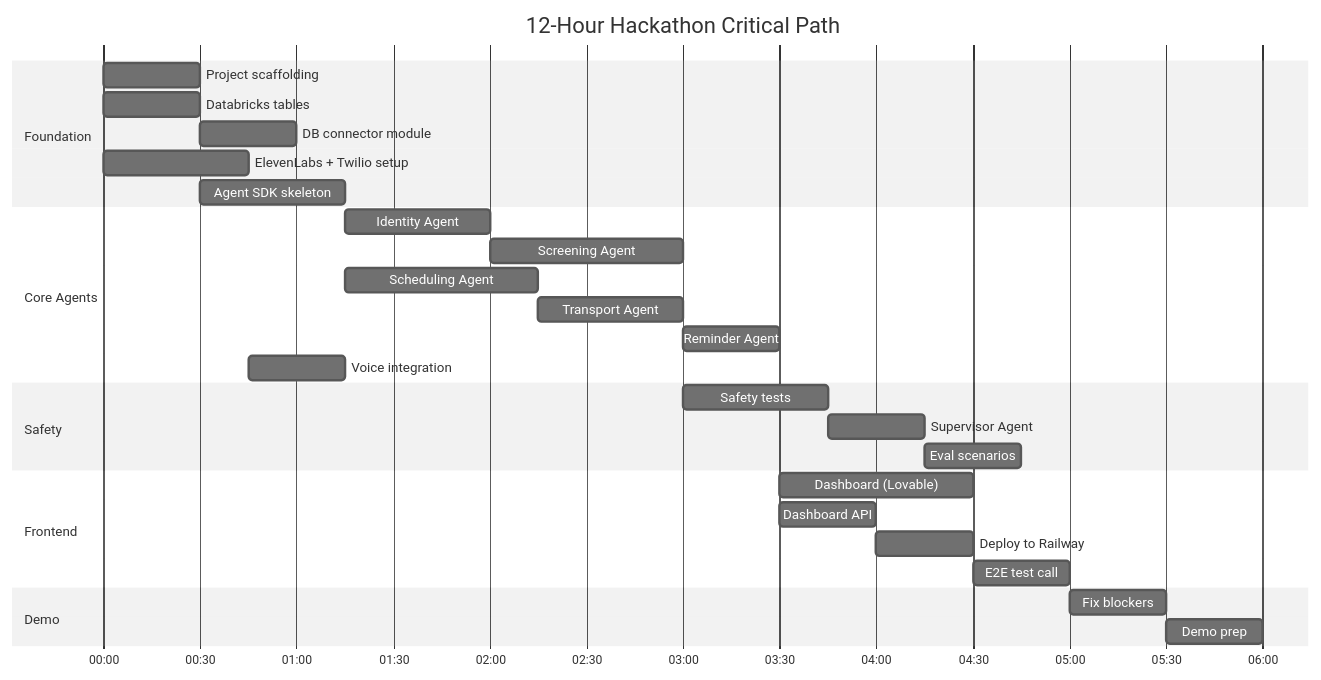
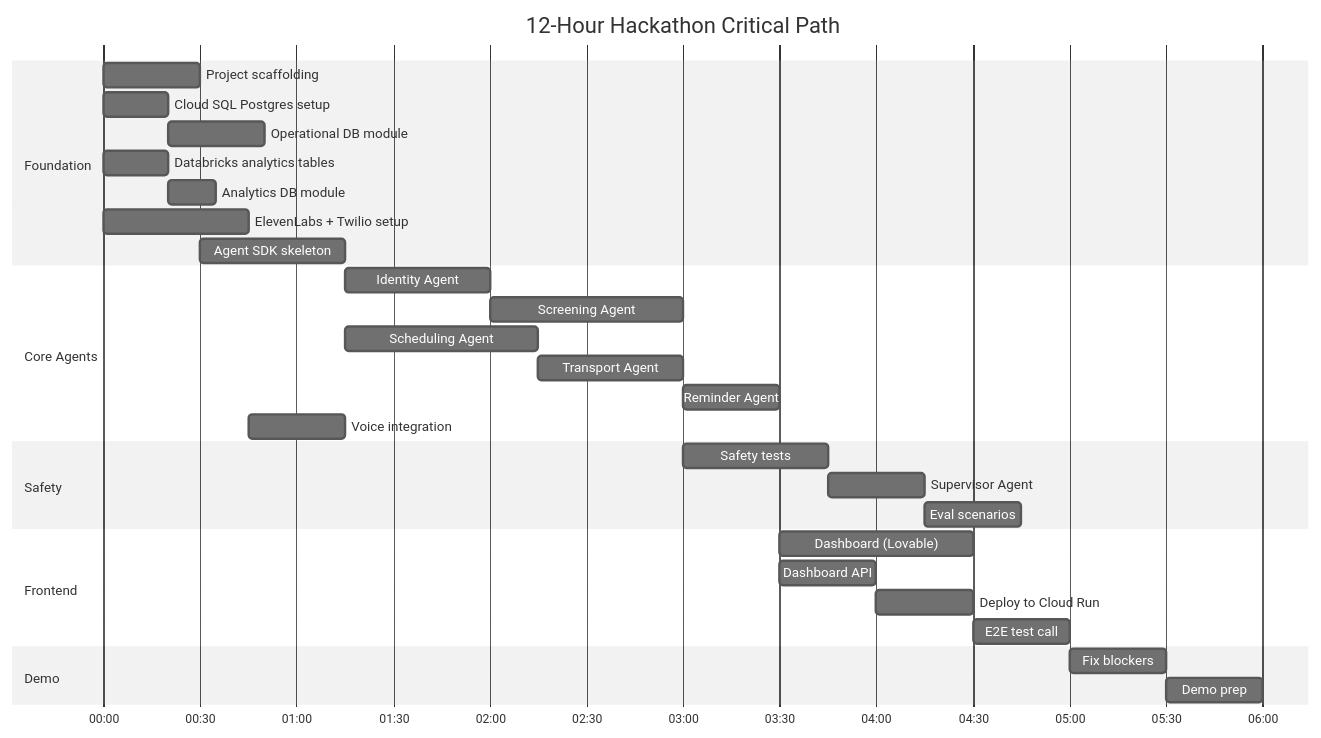
Before and after one commit to wilsonwolf/ask_mary: the tenth of 10 diagrams in local_docs/ask_mary_plan.md, drawn with Mermaid (neutral theme). The commit also changed other lines of this file and 1 other file, not shown here.

First line of the commit message:
docs: add agent dev workflow plan, update architecture for hybrid data layer and GCP

````diff
--- a/local_docs/ask_mary_plan.md
+++ b/local_docs/ask_mary_plan.md
@@ -885,36 +1033,38 @@
 ```mermaid
 gantt
     title 12-Hour Hackathon Critical Path
     dateFormat HH:mm
     axisFormat %H:%M
 
     section Foundation
     Project scaffolding           :f1, 00:00, 30m
-    Databricks tables             :f2, 00:00, 30m
-    DB connector module           :f3, after f2, 30m
+    Cloud SQL Postgres setup      :f2, 00:00, 20m
+    Operational DB module         :f3, after f2, 30m
+    Databricks analytics tables   :f4a, 00:00, 20m
+    Analytics DB module           :f4b, after f4a, 15m
     ElevenLabs + Twilio setup     :f4, 00:00, 45m
     Agent SDK skeleton            :f5, after f1, 45m
 
     section Core Agents
     Identity Agent                :a1, after f5, 45m
     Screening Agent               :a2, after a1, 60m
     Scheduling Agent              :a3, after f5, 60m
     Transport Agent               :a4, after a3, 45m
     Reminder Agent                :a5, after a4, 30m
     Voice integration             :a6, after f4, 30m
 
     section Safety
     Safety tests                  :s1, after a2, 45m
     Supervisor Agent              :s2, after s1, 30m
     Eval scenarios                :s3, after s2, 30m
 
     section Frontend
     Dashboard (Lovable)           :d1, after a5, 60m
     Dashboard API                 :d2, after a5, 30m
-    Deploy to Railway             :d3, after d2, 30m
+    Deploy to Cloud Run           :d3, after d2, 30m
     E2E test call                 :d4, after d3, 30m
 
     section Demo
     Fix blockers                  :e1, after d4, 30m
     Demo prep                     :e2, after e1, 30m
 ```
````
